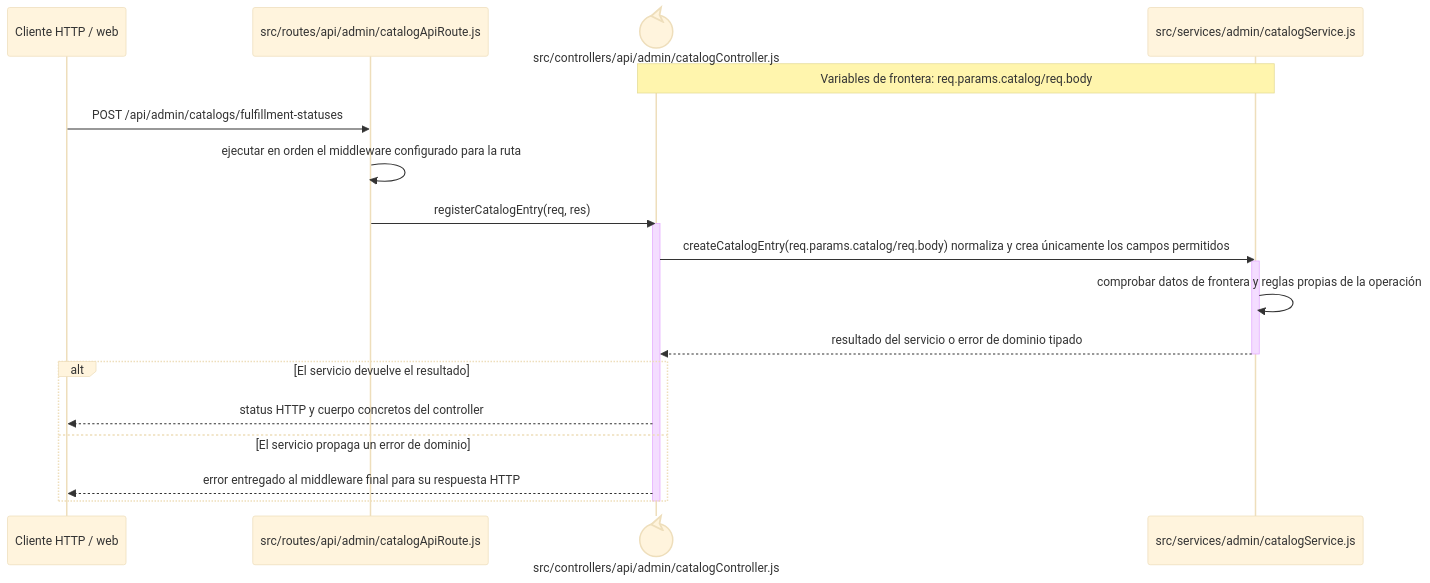
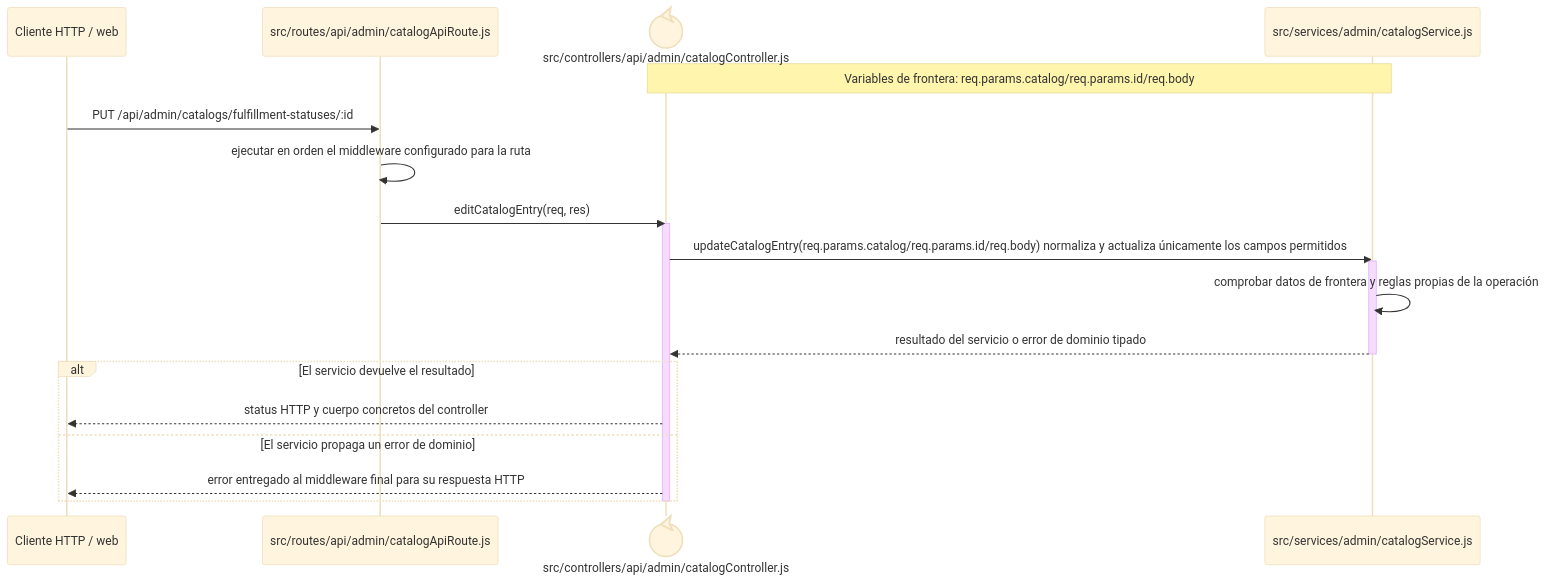
One commit to gpgsistemas01/nexus changed the diagram in docs/architecture/backend-code-sequences/catalogs/cu-cat-26.md. Above: the diagram before and after it, drawn with Mermaid (base theme). The commit also changed other lines of this file and 167 other files, not shown here.

````diff
--- a/docs/architecture/backend-code-sequences/catalogs/cu-cat-26.md
+++ b/docs/architecture/backend-code-sequences/catalogs/cu-cat-26.md
@@ -6,24 +6,24 @@
 ```mermaid
 sequenceDiagram
     participant Client as Cliente HTTP / web
     participant Route as src/routes/api/admin/catalogApiRoute.js
     participant Controller@{ "type": "control" } as src/controllers/api/admin/catalogController.js
     participant Domain as src/services/admin/catalogService.js
-    Note over Controller,Domain: Variables de frontera: req.params.catalog/req.body
+    Note over Controller,Domain: Variables de frontera: req.params.catalog/req.params.id/req.body
 
-    Client->>Route: POST /api/admin/catalogs/fulfillment-statuses
+    Client->>Route: PUT /api/admin/catalogs/fulfillment-statuses/:id
     Route->>Route: ejecutar en orden el middleware configurado para la ruta
-    Route->>Controller: registerCatalogEntry(req, res)
+    Route->>Controller: editCatalogEntry(req, res)
     activate Controller
-    Controller->>Domain: createCatalogEntry(req.params.catalog/req.body) normaliza y crea únicamente los campos permitidos
+    Controller->>Domain: updateCatalogEntry(req.params.catalog/req.params.id/req.body) normaliza y actualiza únicamente los campos permitidos
     activate Domain
     Domain->>Domain: comprobar datos de frontera y reglas propias de la operación
     Domain-->>Controller: resultado del servicio o error de dominio tipado
     deactivate Domain
     alt El servicio devuelve el resultado
         Controller-->>Client: status HTTP y cuerpo concretos del controller
     else El servicio propaga un error de dominio
         Controller-->>Client: error entregado al middleware final para su respuesta HTTP
     end
     deactivate Controller
 ```
````
